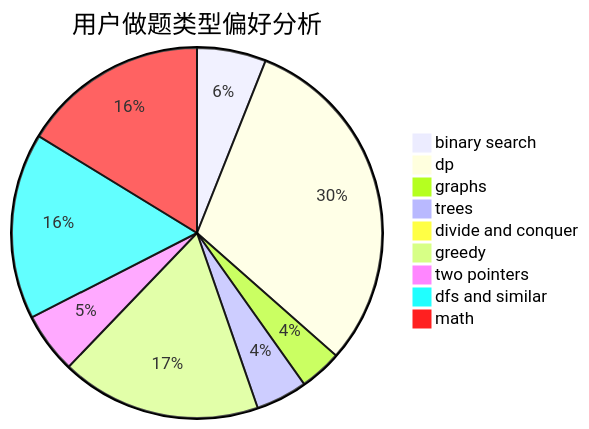
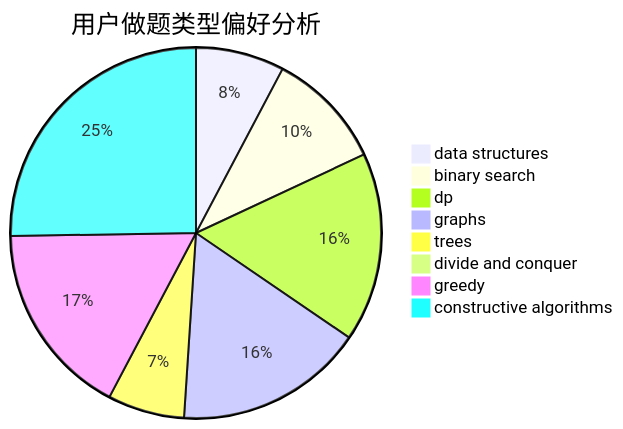
The second of 3 diagrams in docs/user/u866.md (sherpahu/cfrs.github.io), drawn with Mermaid before and after one commit. The commit also changed other lines of this file and 2775 other files, not shown here.

````diff
--- a/docs/user/u866.md
+++ b/docs/user/u866.md
@@ -23,12 +23,11 @@
 ```mermaid
 pie title 用户做题类型偏好分析
-    "binary search" :  59
-    "dp" :  298
-    "graphs" :  36
-    "trees" :  44
+    "data structures" :  15
+    "binary search" :  20
+    "dp" :  32
+    "graphs" :  32
+    "trees" :  13
     "divide and conquer" :  0
-    "greedy" :  171
-    "two pointers" :  52
-    "dfs and similar" :  159
-    "math" :  159
+    "greedy" :  33
+    "constructive algorithms" :  49
 ```
````
